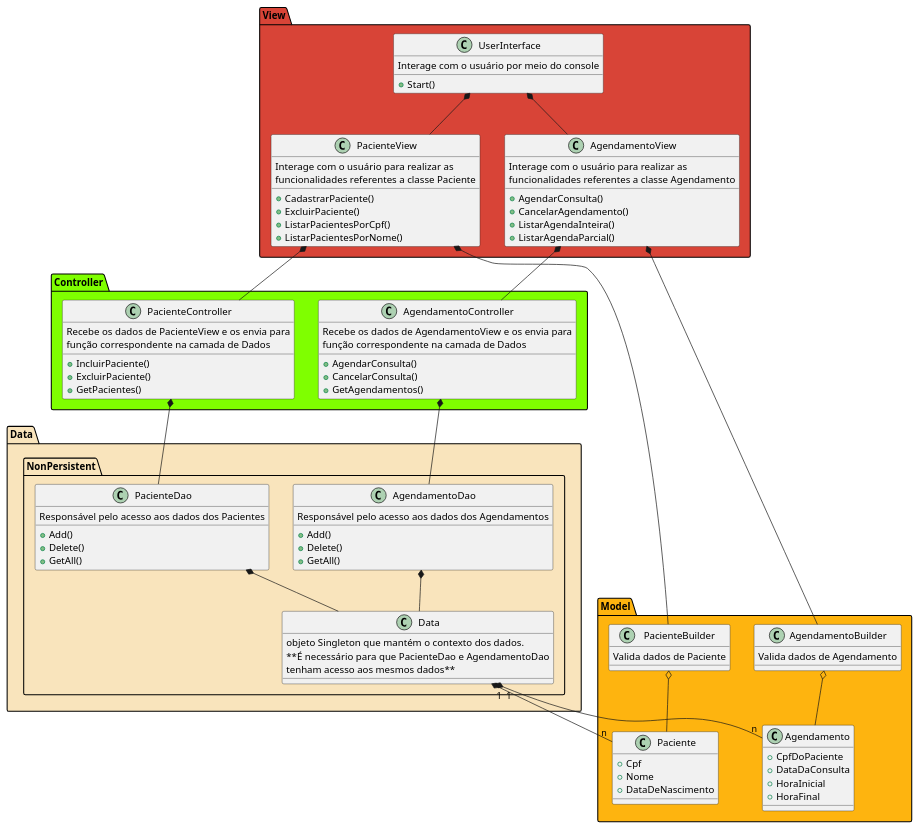
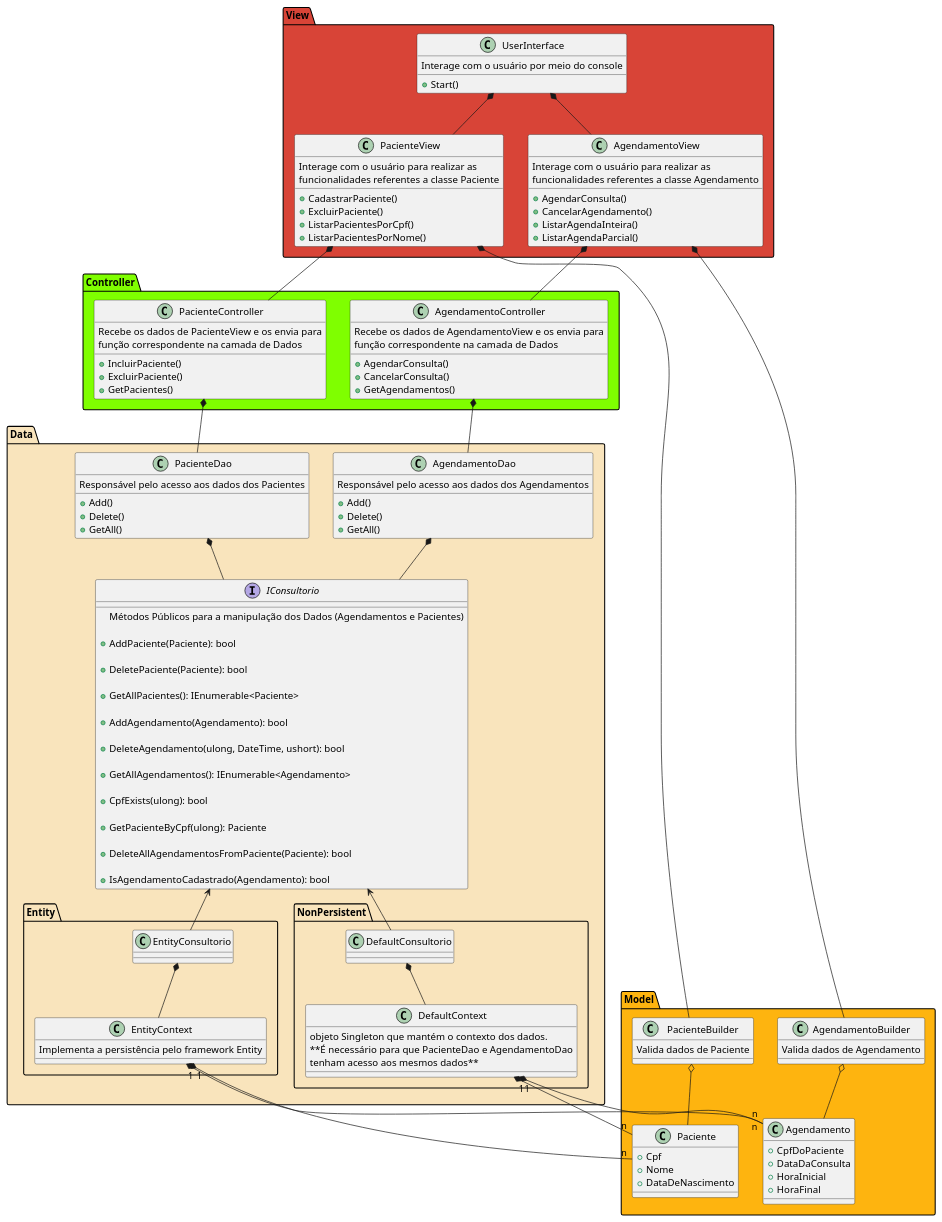
The diagram in diagrama.puml (isaaclvf/ResidenciaDesafio3), drawn with PlantUML before and after one commit. The commit also changed 23 other files, not shown here.

```diff
--- a/diagrama.puml
+++ b/diagrama.puml
@@ -1,112 +1,158 @@
 @startuml
 
 package Model #feb40f {
 class "Agendamento" as ag {
 +CpfDoPaciente
 +DataDaConsulta
 +HoraInicial
 +HoraFinal
 }
 class agb as "AgendamentoBuilder"{
 Valida dados de Agendamento
 }
 class pc as "Paciente" {
 +Cpf
 +Nome
 +DataDeNascimento
 }
 class pcb as "  PacienteBuilder  " {
 Valida dados de Paciente
 }
 }
 
 package Controller #7FFF00 {
 
 class "AgendamentoController" as agc {
 Recebe os dados de AgendamentoView e os envia para 
 função correspondente na camada de Dados 
 +AgendarConsulta()
 +CancelarConsulta()
 +GetAgendamentos()
 }
 class pcc as "PacienteController" {
 Recebe os dados de PacienteView e os envia para 
 função correspondente na camada de Dados 
 +IncluirPaciente()
 +ExcluirPaciente()
 +GetPacientes()
 }
 }
 
 package View #D84437 {
 
 class "PacienteView" as pv {
 Interage com o usuário para realizar as 
 funcionalidades referentes a classe Paciente
 +CadastrarPaciente()
 +ExcluirPaciente()
 +ListarPacientesPorCpf()
 +ListarPacientesPorNome()
 }
 
 class "AgendamentoView" as av {
 Interage com o usuário para realizar as 
 funcionalidades referentes a classe Agendamento
 +AgendarConsulta()
 +CancelarAgendamento()
 +ListarAgendaInteira()
 +ListarAgendaParcial()
 }
 
 class "UserInterface" as ui {
 Interage com o usuário por meio do console
 +Start()
 }
 }
 
 package Data #F9E4BC {
 
-package NonPersistent {
+interface "IConsultorio" as ic{
+Métodos Públicos para a manipulação dos Dados (Agendamentos e Pacientes)
+
+        +AddPaciente(Paciente): bool
+
+        +DeletePaciente(Paciente): bool
+
+        +GetAllPacientes(): IEnumerable<Paciente> 
+
+        +AddAgendamento(Agendamento): bool
+
+        +DeleteAgendamento(ulong, DateTime, ushort): bool
+
+        +GetAllAgendamentos(): IEnumerable<Agendamento> 
+
+        +CpfExists(ulong): bool
+
+        +GetPacienteByCpf(ulong): Paciente 
+
+        +DeleteAllAgendamentosFromPaciente(Paciente): bool
+
+        +IsAgendamentoCadastrado(Agendamento): bool
+}
 
 class "PacienteDao" as pd {
 Responsável pelo acesso aos dados dos Pacientes
 +Add()
 +Delete()
 +GetAll()
 }
 class "AgendamentoDao" as ad {
 Responsável pelo acesso aos dados dos Agendamentos
 +Add()
 +Delete()
 +GetAll()
 }
-class "Data" as dt {
+
+package Entity {
+
+class "EntityConsultorio" as ce {
+}
+class "EntityContext" as cc {
+Implementa a persistência pelo framework Entity
+} 
+}
+
+package NonPersistent {
+
+class "DefaultConsultorio" as dc {
+}
+
+class "DefaultContext" as dcc {
 objeto Singleton que mantém o contexto dos dados.
 **É necessário para que PacienteDao e AgendamentoDao
 tenham acesso aos mesmos dados**
 }
+
 }
 
 pcb o-down- pc
 agb o-down- ag
 
 ui *-down- av
 ui *-down- pv
 
 pcc *-- pd
 agc *-- ad
 
-dt "1" *-- "n" pc
-dt "1" *-- "n" ag
+dcc "1" *-- "n" pc
+dcc "1" *-- "n" ag
+cc "1" *-- "n" pc
+cc "1" *-- "n" ag
 
 pv *-- pcc
 av *-- agc
 
 
 pv *--  pcb
 av *-- agb
 
-pd *-- dt
-ad *-- dt
+pd *-- ic
+ad *-- ic
+
+ic <-- dc
+ic <-- ce
+
+ce *-- cc
+dc *-- dcc
 
 @enduml
```
